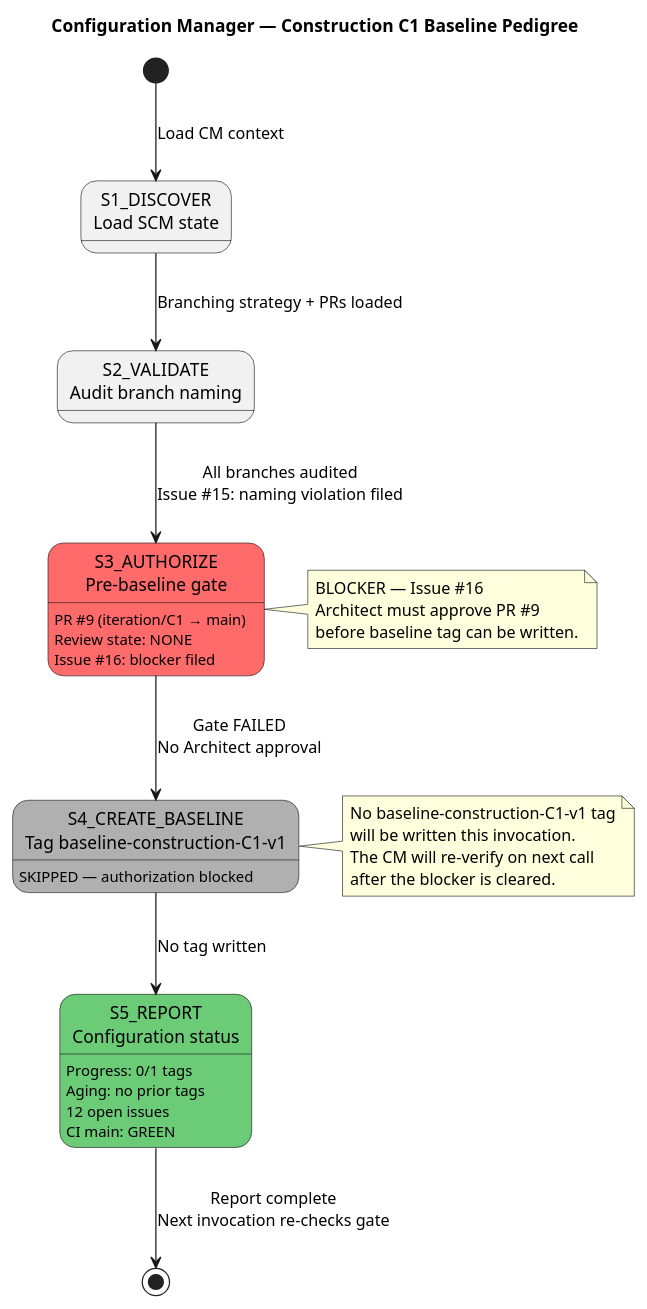
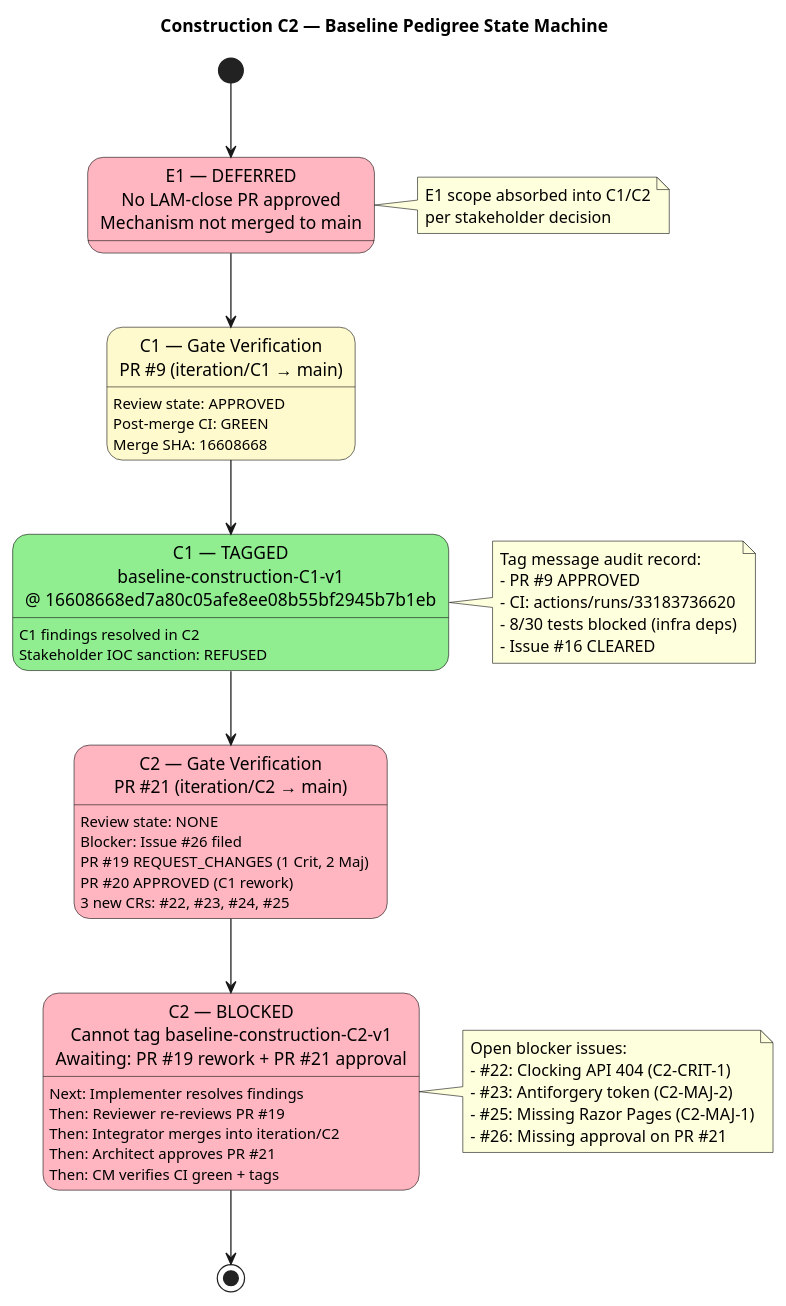
One commit to banense-test/portal-cuba-corp changed the second of 2 diagrams in docs/BRANCHING_STRATEGY.md. Above: the diagram before and after it, drawn with PlantUML. The commit also changed other lines of this file, not shown here.

First line of the commit message:
Update BRANCHING_STRATEGY.md — C1 baseline tagged, C2 gate blocked (Issue #26)

````diff
--- a/docs/BRANCHING_STRATEGY.md
+++ b/docs/BRANCHING_STRATEGY.md
@@ -127,50 +118,65 @@
 ```plantuml
-@startuml CM_Baseline_Pedigree_C1
-title Configuration Manager — Construction C1 Baseline Pedigree
-
+@startuml
+title Construction C2 — Baseline Pedigree State Machine
 skinparam state {
-  BackgroundColor<<blocked>> #FF6B6B
-  BackgroundColor<<passed>> #6BCB77
-  BackgroundColor<<pending>> #FFD93D
-  BackgroundColor<<skipped>> #B0B0B0
+  BackgroundColor<<tagged>> #90EE90
+  BackgroundColor<<blocked>> #FFB6C1
+  BackgroundColor<<pending>> #FFFACD
 }
 
-[*] --> S1_DISCOVER : Load CM context
+[*] --> E1_DEFERRED
 
-state "S1_DISCOVER\nLoad SCM state" as S1_DISCOVER
-S1_DISCOVER --> S2_VALIDATE : Branching strategy + PRs loaded
+state "E1 — DEFERRED\nNo LAM-close PR approved\nMechanism not merged to main" as E1_DEFERRED <<blocked>>
+E1_DEFERRED --> C1_GATE
 
-state "S2_VALIDATE\nAudit branch naming" as S2_VALIDATE
-S2_VALIDATE --> S3_AUTHORIZE : All branches audited\nIssue #15: naming violation filed
+state "C1 — Gate Verification\nPR #9 (iteration/C1 → main)" as C1_GATE <<pending>>
+C1_GATE : Review state: APPROVED
+C1_GATE : Post-merge CI: GREEN
+C1_GATE : Merge SHA: 16608668
+C1_GATE --> C1_TAGGED
 
-state "S3_AUTHORIZE\nPre-baseline gate" as S3_AUTHORIZE <<blocked>>
-S3_AUTHORIZE : PR #9 (iteration/C1 → main)
-S3_AUTHORIZE : Review state: NONE
-S3_AUTHORIZE : Issue #16: blocker filed
+state "C1 — TAGGED\nbaseline-construction-C1-v1\n@ 16608668ed7a80c05afe8ee08b55bf2945b7b1eb" as C1_TAGGED <<tagged>>
+C1_TAGGED : C1 findings resolved in C2
+C1_TAGGED : Stakeholder IOC sanction: REFUSED
+C1_TAGGED --> C2_GATE
 
-state "S4_CREATE_BASELINE\nTag baseline-construction-C1-v1" as S4_SKIPPED <<skipped>>
-S4_SKIPPED : SKIPPED — authorization blocked
+state "C2 — Gate Verification\nPR #21 (iteration/C2 → main)" as C2_GATE <<blocked>>
+C2_GATE : Review state: NONE
+C2_GATE : Blocker: Issue #26 filed
+C2_GATE : PR #19 REQUEST_CHANGES (1 Crit, 2 Maj)
+C2_GATE : PR #20 APPROVED (C1 rework)
+C2_GATE : 3 new CRs: #22, #23, #24, #25
+C2_GATE --> C2_BLOCKED
 
-S3_AUTHORIZE --> S4_SKIPPED : Gate FAILED\nNo Architect approval
-S4_SKIPPED --> S5_REPORT : No tag written
+state "C2 — BLOCKED\nCannot tag baseline-construction-C2-v1\nAwaiting: PR #19 rework + PR #21 approval" as C2_BLOCKED <<blocked>>
+C2_BLOCKED : Next: Implementer resolves findings
+C2_BLOCKED : Then: Reviewer re-reviews PR #19
+C2_BLOCKED : Then: Integrator merges into iteration/C2
+C2_BLOCKED : Then: Architect approves PR #21
+C2_BLOCKED : Then: CM verifies CI green + tags
 
-state "S5_REPORT\nConfiguration status" as S5_REPORT <<passed>>
-S5_REPORT : Progress: 0/1 tags\nAging: no prior tags\n12 open issues\nCI main: GREEN
+C2_BLOCKED --> [*]
 
-S5_REPORT --> [*] : Report complete\nNext invocation re-checks gate
-
-note right of S3_AUTHORIZE
-  BLOCKER — Issue #16
-  Architect must approve PR #9
-  before baseline tag can be written.
+note right of E1_DEFERRED
+  E1 scope absorbed into C1/C2
+  per stakeholder decision
 end note
 
-note right of S4_SKIPPED
-  No baseline-construction-C1-v1 tag
-  will be written this invocation.
-  The CM will re-verify on next call
-  after the blocker is cleared.
+note right of C1_TAGGED
+  Tag message audit record:
+  - PR #9 APPROVED
+  - CI: actions/runs/33183736620
+  - 8/30 tests blocked (infra deps)
+  - Issue #16 CLEARED
+end note
+
+note right of C2_BLOCKED
+  Open blocker issues:
+  - #22: Clocking API 404 (C2-CRIT-1)
+  - #23: Antiforgery token (C2-MAJ-2)
+  - #25: Missing Razor Pages (C2-MAJ-1)
+  - #26: Missing approval on PR #21
 end note
 
 @enduml
 ```
````
